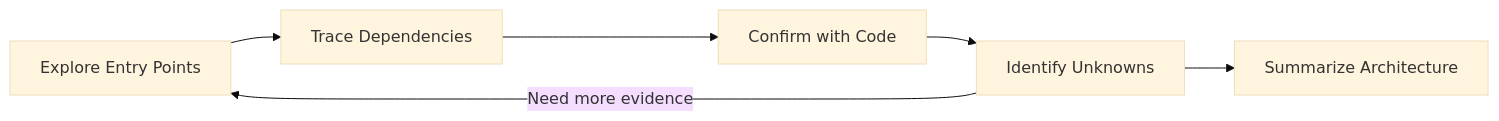
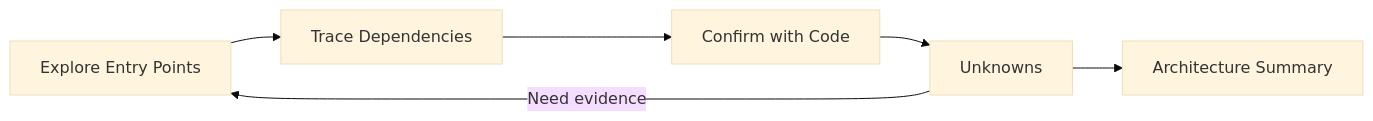
One commit to indigofeather/harness-book changed the third of 10 diagrams in docs/applications/workflows.md. Above: the diagram before and after it, drawn with Mermaid (base theme). The commit also changed other lines of this file and 48 other files, not shown here.

````diff
--- a/docs/applications/workflows.md
+++ b/docs/applications/workflows.md
@@ -72,8 +63,8 @@
 ```mermaid
 flowchart LR
   E[Explore Entry Points] --> D[Trace Dependencies]
   D --> C[Confirm with Code]
-  C --> Q[Identify Unknowns]
-  Q -->|Need more evidence| E
-  Q --> S[Summarize Architecture]
+  C --> Q[Unknowns]
+  Q -->|Need evidence| E
+  Q --> S[Architecture Summary]
 ```
````
